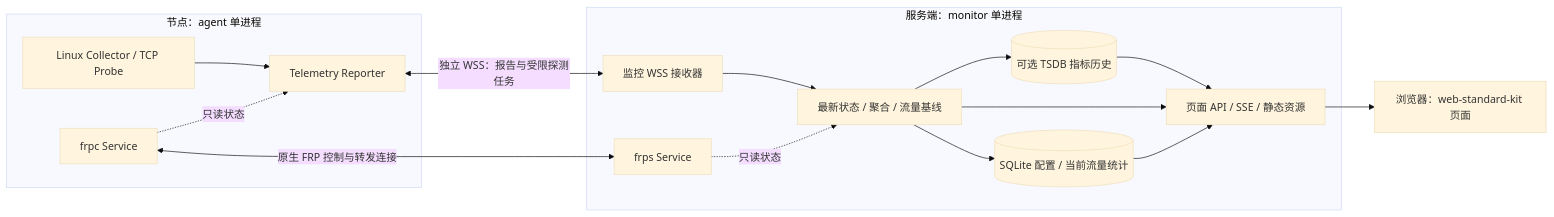
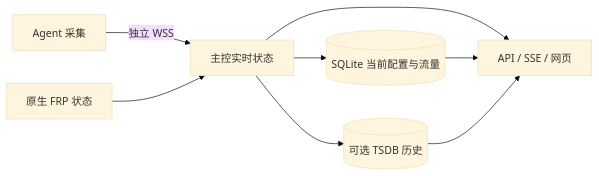
The diagram in frp-monitor/README.md (KimiChen/wheels), drawn with Mermaid (base theme) before and after one commit. The commit also changed other lines of this file and 56 other files, not shown here.

````diff
--- a/frp-monitor/README.md
+++ b/frp-monitor/README.md
@@ -95,28 +61,10 @@
 ```mermaid
 flowchart LR
-    subgraph A[节点：agent 单进程]
-        FPC[frpc Service]
-        C[Linux Collector / TCP Probe]
-        R[Telemetry Reporter]
-        C --> R
-        FPC -. 只读状态 .-> R
-    end
-    subgraph M[服务端：monitor 单进程]
-        FPS[frps Service]
-        I[监控 WSS 接收器]
-        S[最新状态 / 聚合 / 流量基线]
-        DB[(SQLite 配置 / 当前流量统计)]
-        TS[(可选 TSDB 指标历史)]
-        API[页面 API / SSE / 静态资源]
-        I --> S
-        FPS -. 只读状态 .-> S
-        S --> DB
-        S --> TS
-        TS --> API
-        S --> API
-        DB --> API
-    end
-    FPC <-->|原生 FRP 控制与转发连接| FPS
-    R <-->|独立 WSS：报告与受限探测任务| I
-    API --> W[浏览器：web-standard-kit 页面]
+    A[Agent 采集] -->|独立 WSS| M[主控实时状态]
+    F[原生 FRP 状态] --> M
+    M --> C[(SQLite 当前配置与流量)]
+    M --> T[(可选 TSDB 历史)]
+    M --> W[API / SSE / 网页]
+    C --> W
+    T --> W
 ```
````
